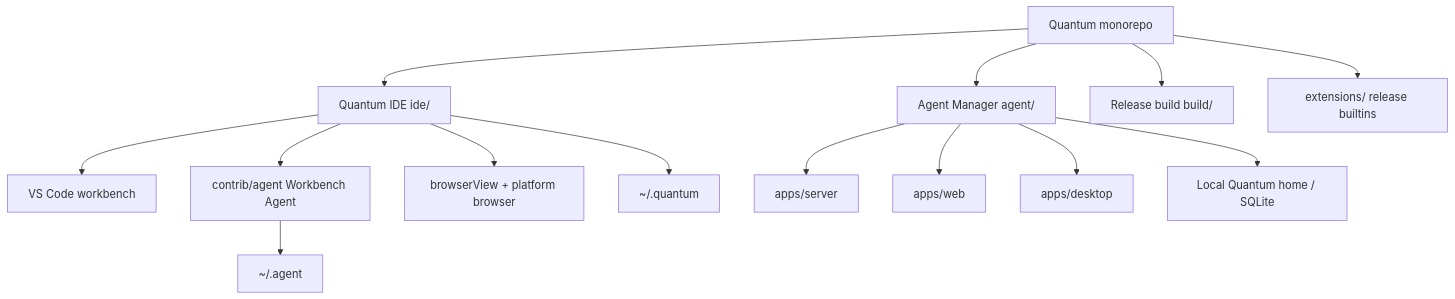
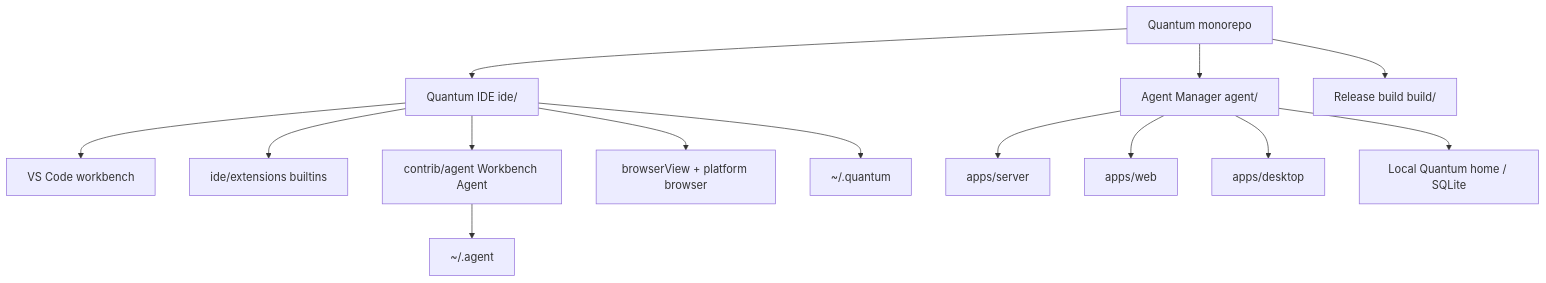
The diagram in docs/architecture/overview.md (Suryanshu-Nabheet/Quantum), drawn with Mermaid before and after one commit. The commit also changed 970 other files, not shown here.

````diff
--- a/docs/architecture/overview.md
+++ b/docs/architecture/overview.md
@@ -7,20 +7,19 @@
 ```mermaid
 graph TD
   Q[Quantum monorepo]
   Q --> IDE[Quantum IDE ide/]
   Q --> AM[Agent Manager agent/]
   Q --> REL[Release build build/]
-  Q --> EXT[extensions/ release builtins]
-
   IDE --> WB[VS Code workbench]
+  IDE --> EXT[ide/extensions builtins]
   IDE --> WA[contrib/agent Workbench Agent]
   IDE --> BR[browserView + platform browser]
 
   AM --> SRV[apps/server]
   AM --> UI[apps/web]
   AM --> DESK[apps/desktop]
 
   WA --> DISK1["~/.agent"]
   IDE --> DISK2["~/.quantum"]
   AM --> DISK3[Local Quantum home / SQLite]
 ```
````
